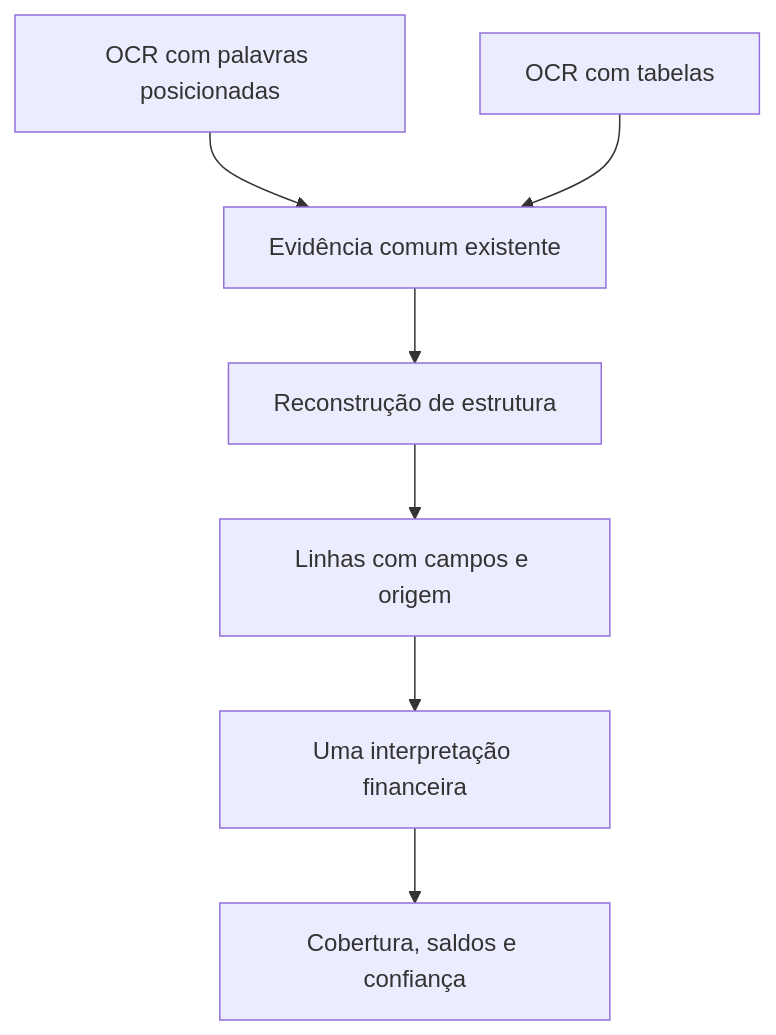
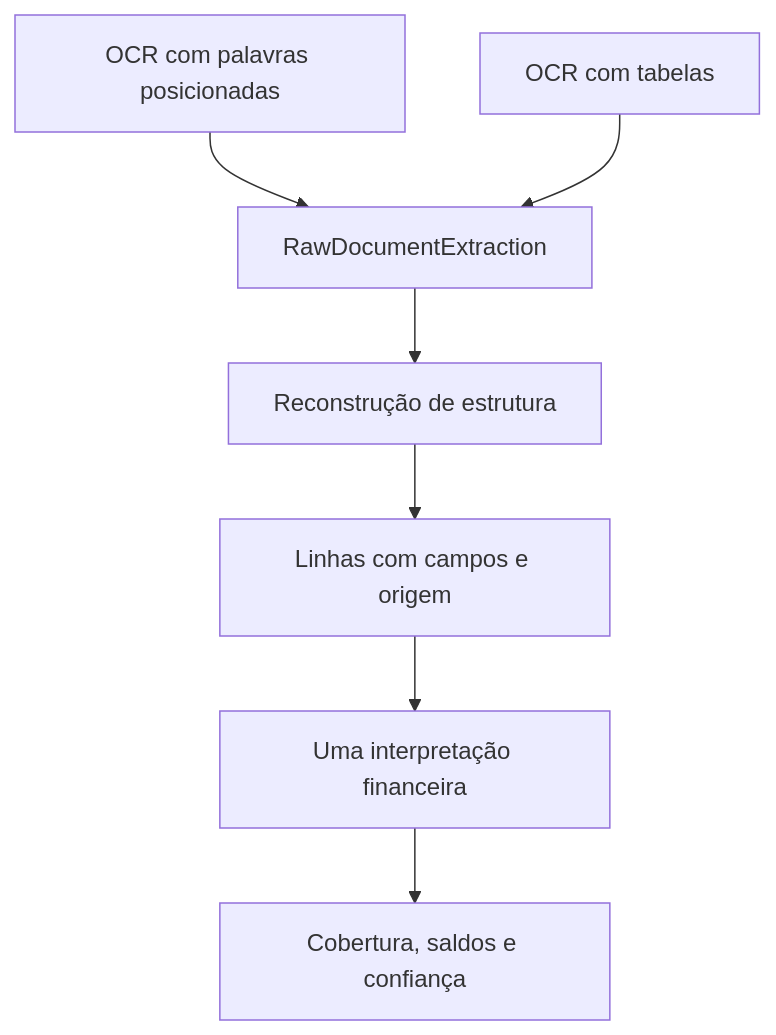
One commit to claston/gettdone changed the diagram in docs/ocr-shared-structure-sync-experiment.md. Above: the diagram before and after it, drawn with Mermaid. The commit also changed other lines of this file and 30 other files, not shown here.

Commit message:
feat(ocr): integrate paid PRO conversion with shared extraction

````diff
--- a/docs/ocr-shared-structure-sync-experiment.md
+++ b/docs/ocr-shared-structure-sync-experiment.md
@@ -39,9 +24,9 @@
 ```mermaid
 flowchart TD
-    T[OCR com palavras posicionadas] --> E[Evidência comum existente]
+    T[OCR com palavras posicionadas] --> E[RawDocumentExtraction]
     A[OCR com tabelas] --> E
     E --> S[Reconstrução de estrutura]
     S --> R[Linhas com campos e origem]
     R --> F[Uma interpretação financeira]
     F --> V[Cobertura, saldos e confiança]
 ```
````
